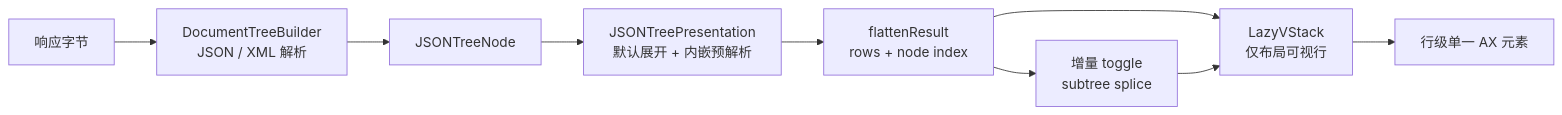
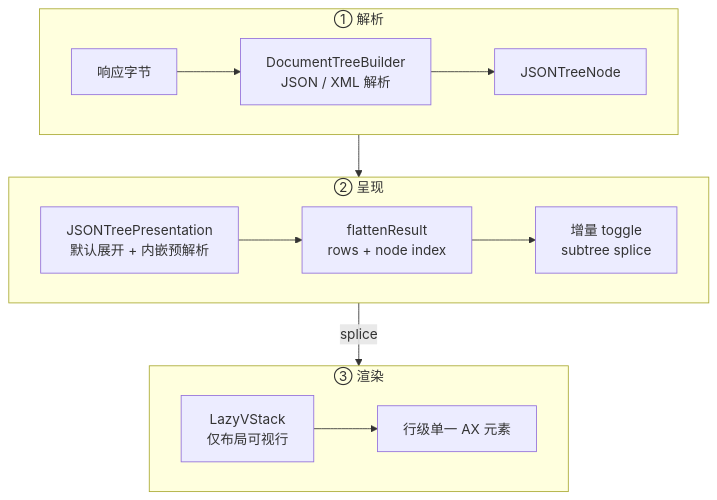
One commit to lfvepclr/postmanSwift changed the third of 3 diagrams in README.md. Above: the diagram before and after it, drawn with Mermaid. The commit also changed other lines of this file, not shown here.

First line of the commit message:
Fix README diagrams so they render and read as layers

````diff
--- a/README.md
+++ b/README.md
@@ -159,11 +139,18 @@
 ```mermaid
-flowchart LR
-  Raw[响应字节] --> Decode[DocumentTreeBuilder<br/>JSON / XML 解析]
-  Decode --> Node[JSONTreeNode]
-  Node --> Presentation[JSONTreePresentation<br/>默认展开 + 内嵌预解析]
-  Presentation --> Flatten[flattenResult<br/>rows + node index]
-  Flatten --> Rows[LazyVStack<br/>仅布局可视行]
-  Flatten --> Toggle[增量 toggle<br/>subtree splice]
-  Rows --> AX[行级单一 AX 元素]
-  Toggle --> Rows
+%%{init: {"flowchart": {"wrappingWidth": 210}}}%%
+flowchart TB
+  subgraph P1["① 解析"]
+    direction LR
+    Raw["响应字节"] --> Decode["DocumentTreeBuilder<br/>JSON / XML 解析"] --> Node["JSONTreeNode"]
+  end
+  subgraph P2["② 呈现"]
+    direction LR
+    Pres["JSONTreePresentation<br/>默认展开 + 内嵌预解析"] --> Flat["flattenResult<br/>rows + node index"] --> Toggle["增量 toggle<br/>subtree splice"]
+  end
+  subgraph P3["③ 渲染"]
+    direction LR
+    Rows["LazyVStack<br/>仅布局可视行"] --> AX["行级单一 AX 元素"]
+  end
+  P1 --> P2
+  P2 -->|splice| P3
 ```
````
